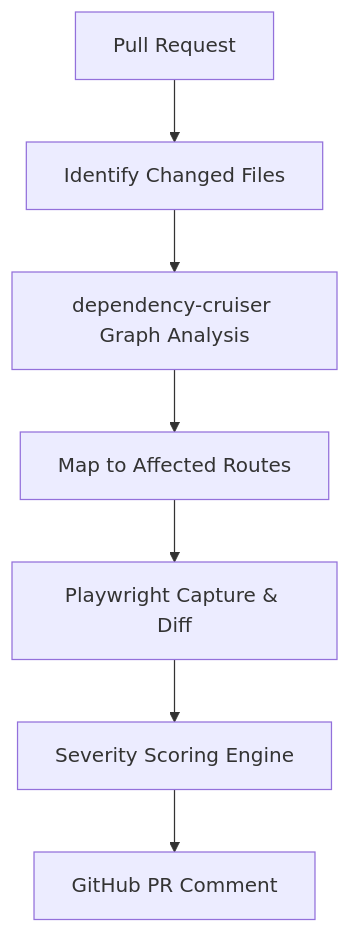
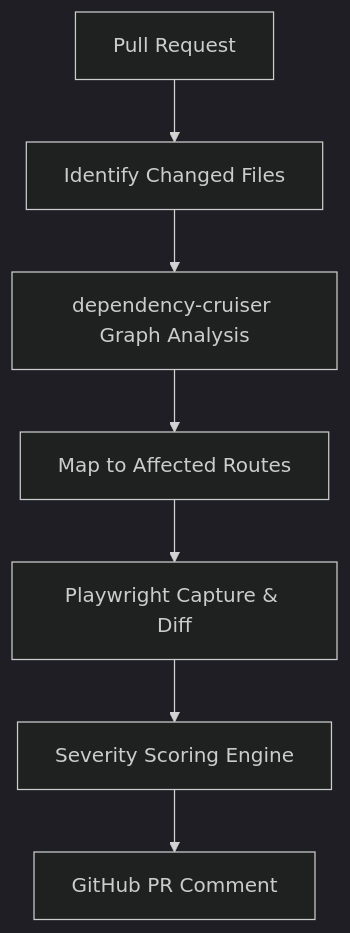
One commit to arii/tech-dancer changed the diagram in content/studies/deployment-impact-analyzer.md. Above: the diagram before and after it, drawn with Mermaid. The commit also changed 2 other files, not shown here.

Commit message:
fix: resolve visual review CI failure for combined research layout

````diff
--- a/content/studies/deployment-impact-analyzer.md
+++ b/content/studies/deployment-impact-analyzer.md
@@ -26,9 +26,10 @@
 ```mermaid
+%%{init: {'theme': 'dark', 'themeVariables': { 'darkMode': true }}}%%
 flowchart TD
   PR[Pull Request] --> Diff[Identify Changed Files]
   Diff --> Graph[dependency-cruiser Graph Analysis]
   Graph --> Routes[Map to Affected Routes]
   Routes --> Playwright[Playwright Capture & Diff]
   Playwright --> Scoring[Severity Scoring Engine]
   Scoring --> Report[GitHub PR Comment]
 ```
````
